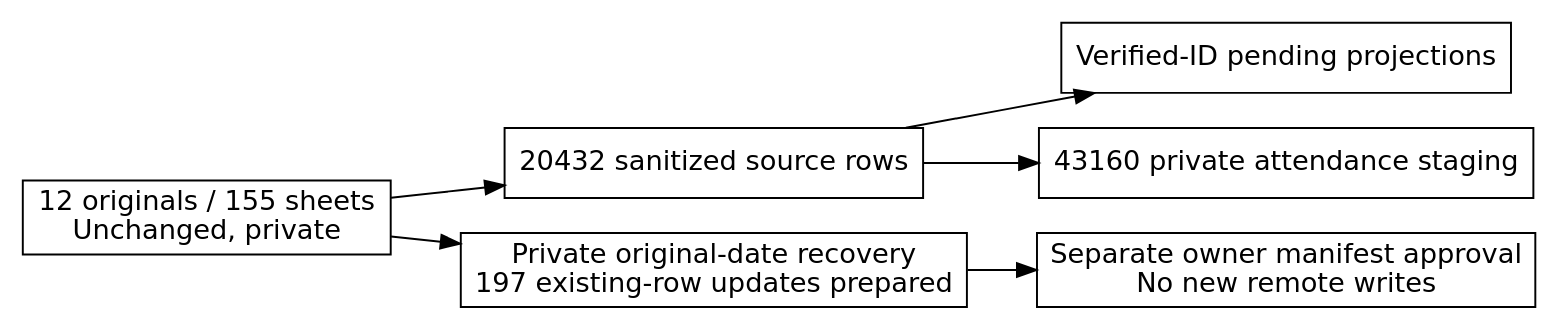
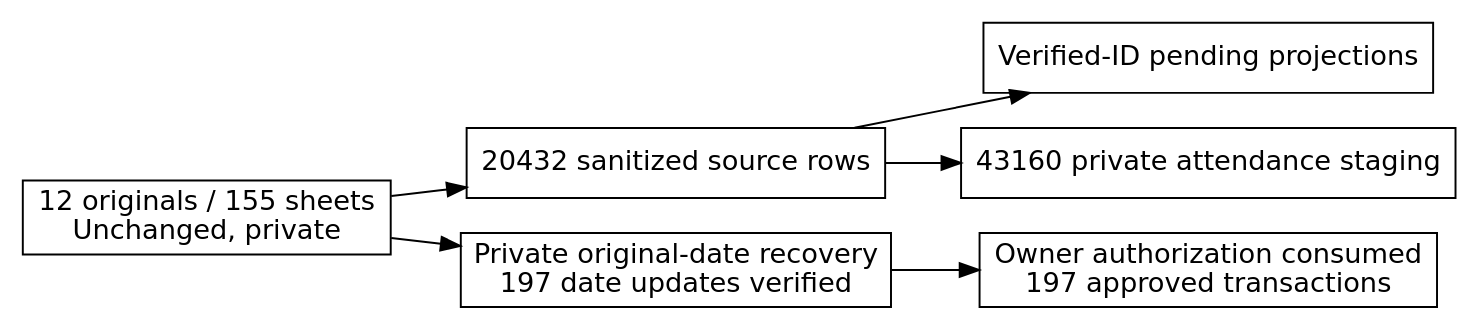
Before and after one commit to data-culture-goalkeep/kc2-integrated-data-system-vidhan: the diagram in docs/visual/final-source-flow.dot, drawn with Graphviz. The commit also changed 12 other files, not shown here.

Commit message:
docs: reconcile 197 approved historical-date transactions

```diff
--- a/docs/visual/final-source-flow.dot
+++ b/docs/visual/final-source-flow.dot
@@ -1,1 +1,1 @@
-digraph flow {graph[rankdir=LR,bgcolor=white];node[shape=box,fontname="DejaVu Sans"];raw[label="12 originals / 155 sheets\nUnchanged, private"];source[label="20432 sanitized source rows"];typed[label="Verified-ID pending projections"];stage[label="43160 private attendance staging"];dates[label="Private original-date recovery\n197 existing-row updates prepared"];approval[label="Separate owner manifest approval\nNo new remote writes"];raw->source;source->typed;source->stage;raw->dates;dates->approval;}
+digraph flow {graph[rankdir=LR,bgcolor=white];node[shape=box,fontname="DejaVu Sans"];raw[label="12 originals / 155 sheets\nUnchanged, private"];source[label="20432 sanitized source rows"];typed[label="Verified-ID pending projections"];stage[label="43160 private attendance staging"];dates[label="Private original-date recovery\n197 date updates verified"];approval[label="Owner authorization consumed\n197 approved transactions"];raw->source;source->typed;source->stage;raw->dates;dates->approval;}
```
